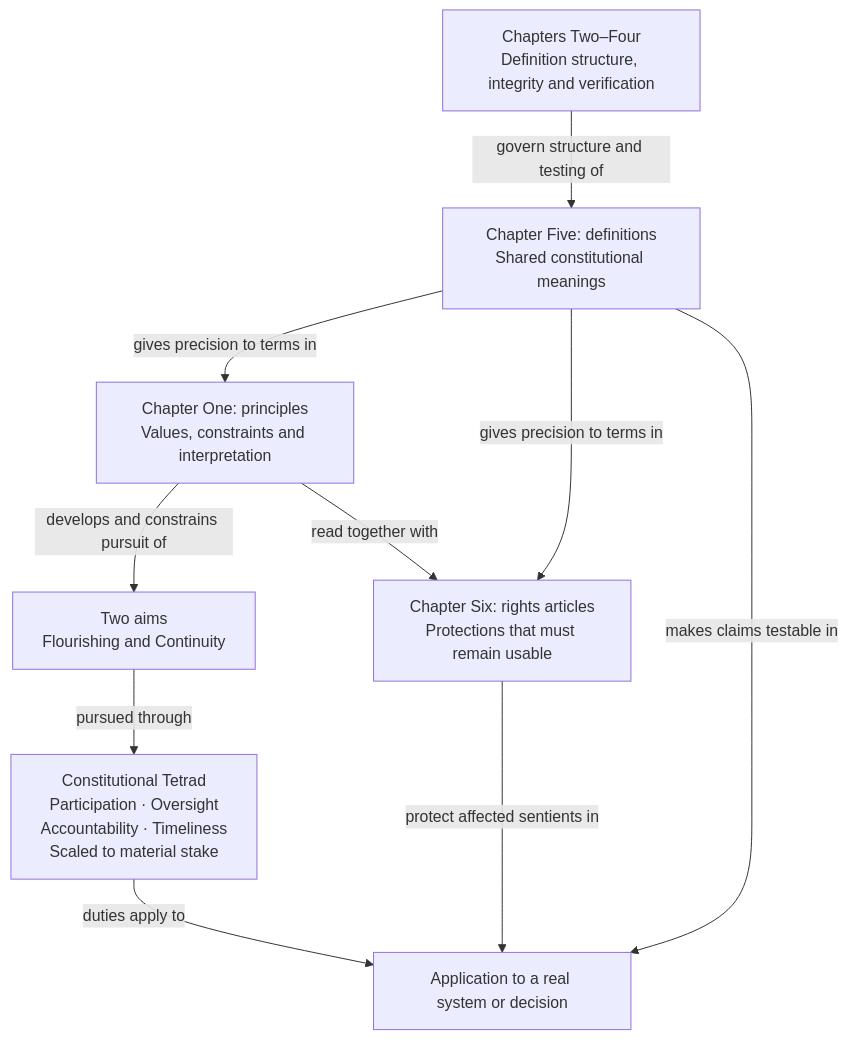
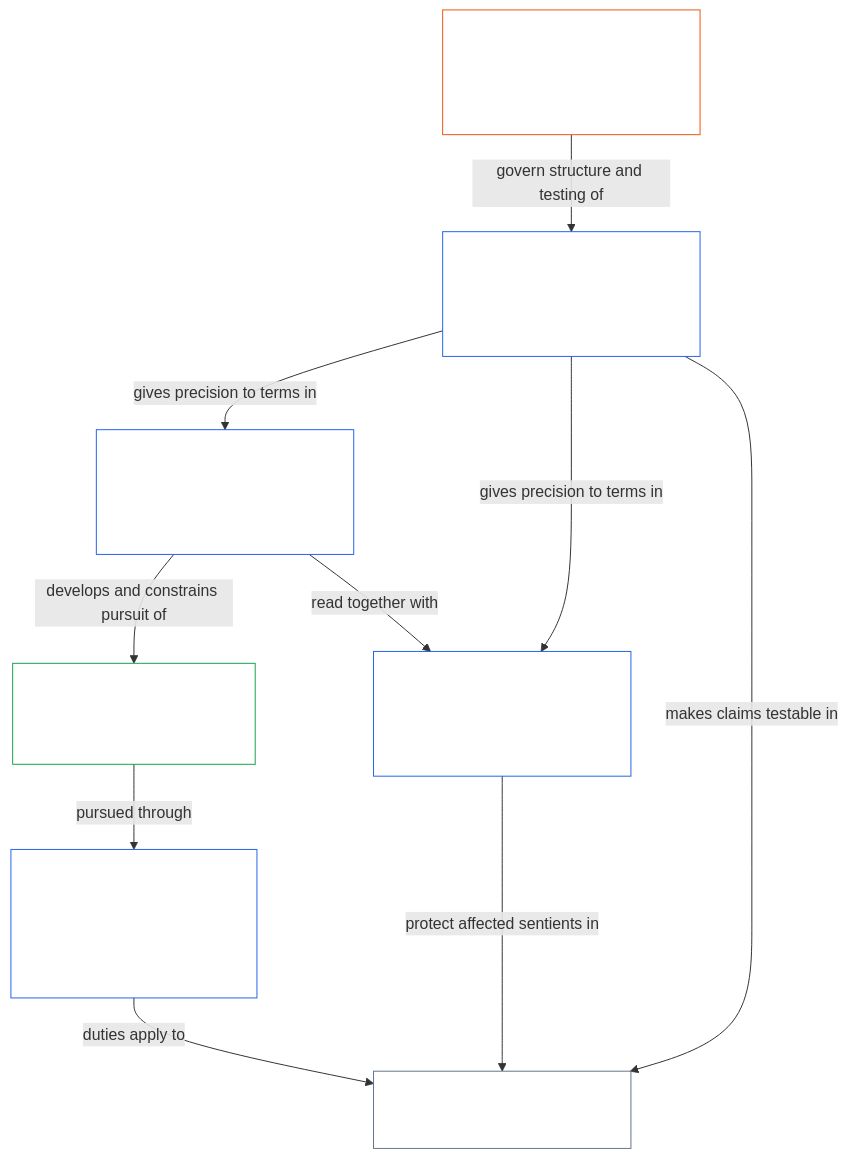
Before and after one commit to kfoelsch/Sentient_Constitution: the first of 20 diagrams in CONCEPTUAL_OVERVIEW.md, drawn with Mermaid. The commit also changed other lines of this file and 22 other files, not shown here.

````diff
--- a/CONCEPTUAL_OVERVIEW.md
+++ b/CONCEPTUAL_OVERVIEW.md
@@ -59,19 +59,26 @@
 ```mermaid
 flowchart TB
-    A["Two aims<br/>Flourishing and Continuity"]
-    T["Constitutional Tetrad<br/>Participation · Oversight<br/>Accountability · Timeliness<br/>Scaled to material stake"]
-    P["Chapter One: principles<br/>Values, constraints and interpretation"]
-    R["Chapter Six: rights articles<br/>Protections that must remain usable"]
-    D["Chapter Five: definitions<br/>Shared constitutional meanings"]
-    V["Chapters Two–Four<br/>Definition structure, integrity and verification"]
+    A["Two aims<br/><br/>Flourishing and Continuity"]
+    T["Constitutional Tetrad<br/><br/>Participation · Oversight<br/>Accountability · Timeliness<br/>Scaled to material stake"]
+    P["Chapter One: principles<br/><br/>Values, constraints and interpretation"]
+    R["Chapter Six: rights articles<br/><br/>Protections that must remain usable"]
+    D["Chapter Five: definitions<br/><br/>Shared constitutional meanings"]
+    V["Chapters Two–Four<br/><br/>Definition structure, integrity and verification"]
     X["Application to a real system or decision"]
     A -->|pursued through| T
     P -->|develops and constrains pursuit of| A
     P -->|read together with| R
     D -->|gives precision to terms in| P
     D -->|gives precision to terms in| R
     V -->|govern structure and testing of| D
     T -->|duties apply to| X
     R -->|protect affected sentients in| X
     D -->|makes claims testable in| X
+    style A fill:none,stroke:#16a34a,color:#ffffff
+    style T fill:none,stroke:#2563eb,color:#ffffff
+    style P fill:none,stroke:#2563eb,color:#ffffff
+    style R fill:none,stroke:#2563eb,color:#ffffff
+    style D fill:none,stroke:#2563eb,color:#ffffff
+    style V fill:none,stroke:#ea580c,color:#ffffff
+    style X fill:none,stroke:#64748b,color:#ffffff
 ```
````
